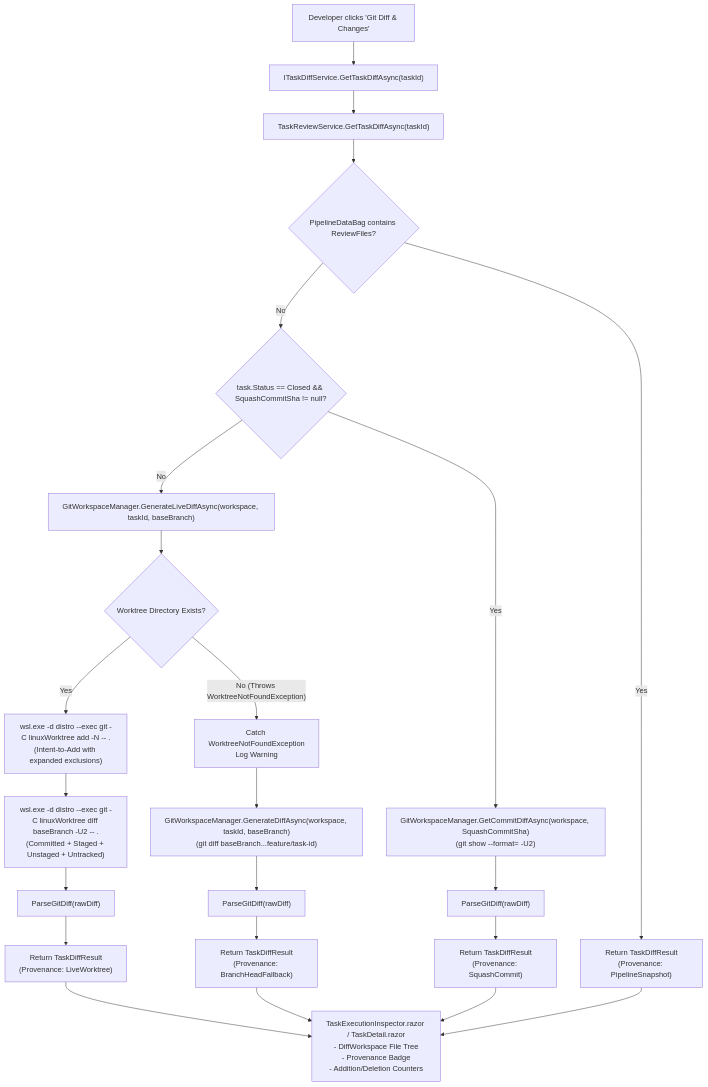
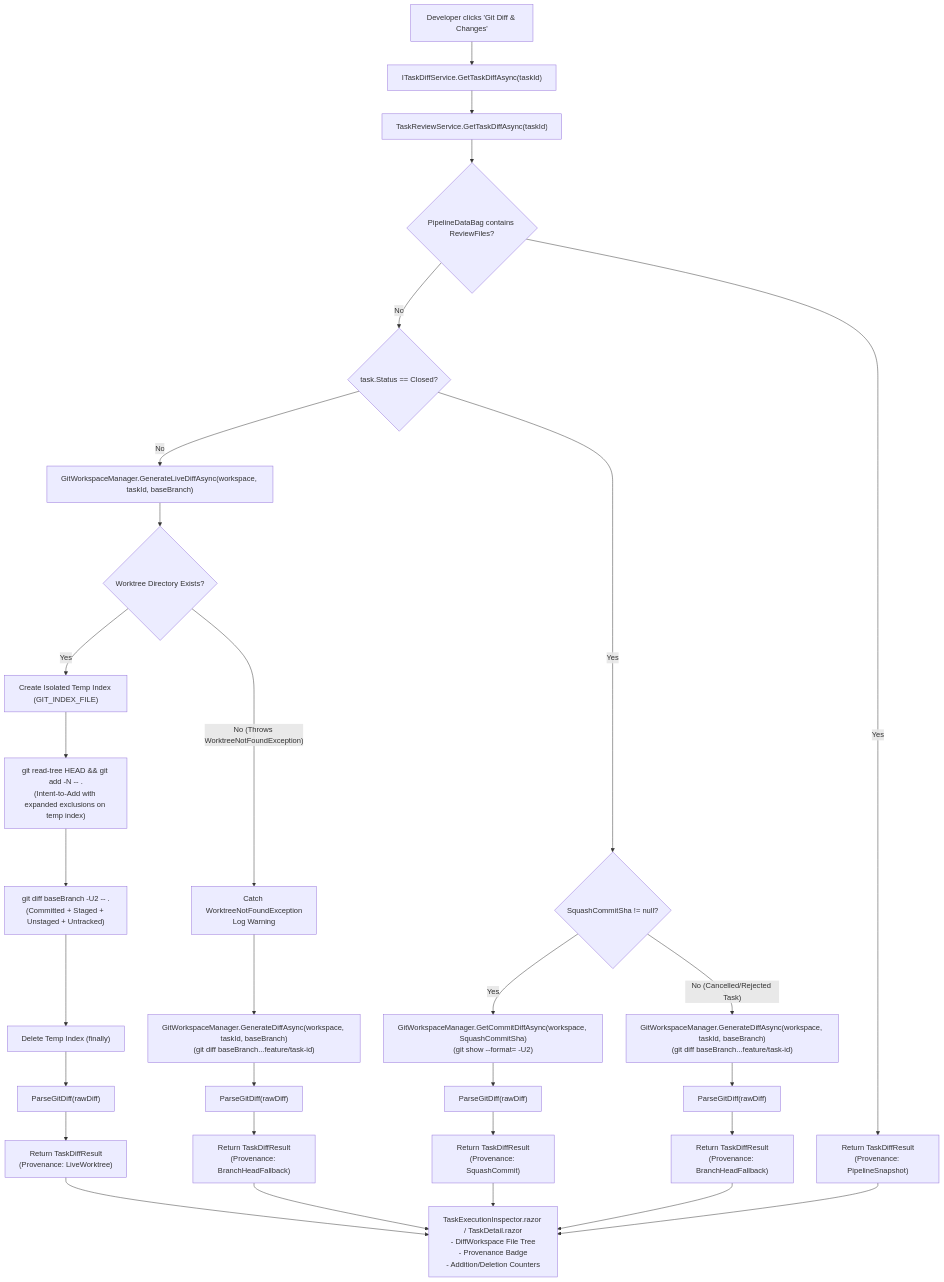
The diagram in docs/plan/phase-11/STEP_11_34_LIVE_GIT_DIFF_WORKTREE_RESOLUTION_AND_UNTRACKED_CHANGES.md (jetelain/NightCodeForge), drawn with Mermaid before and after one commit. The commit also changed other lines of this file and 3 other files, not shown here.

````diff
--- a/docs/plan/phase-11/STEP_11_34_LIVE_GIT_DIFF_WORKTREE_RESOLUTION_AND_UNTRACKED_CHANGES.md
+++ b/docs/plan/phase-11/STEP_11_34_LIVE_GIT_DIFF_WORKTREE_RESOLUTION_AND_UNTRACKED_CHANGES.md
@@ -150,33 +167,41 @@
 ```mermaid
 flowchart TD
     User["Developer clicks 'Git Diff & Changes'"] --> DiffService["ITaskDiffService.GetTaskDiffAsync(taskId)"]
     DiffService --> ReviewService["TaskReviewService.GetTaskDiffAsync(taskId)"]
     
     ReviewService --> CheckBag{"PipelineDataBag contains ReviewFiles?"}
     CheckBag -- Yes --> BagDiff["Return TaskDiffResult<br/>(Provenance: PipelineSnapshot)"]
 
-    CheckBag -- No --> CheckClosed{"task.Status == Closed && SquashCommitSha != null?"}
+    CheckBag -- No --> CheckClosed{"task.Status == Closed?"}
 
-    CheckClosed -- Yes --> SquashDiff["GitWorkspaceManager.GetCommitDiffAsync(workspace, SquashCommitSha)<br/>(git show --format= -U2)"]
+    CheckClosed -- Yes --> HasSquash{"SquashCommitSha != null?"}
+    HasSquash -- Yes --> SquashDiff["GitWorkspaceManager.GetCommitDiffAsync(workspace, SquashCommitSha)<br/>(git show --format= -U2)"]
     SquashDiff --> ParseSquash["ParseGitDiff(rawDiff)"]
     ParseSquash --> ReturnSquash["Return TaskDiffResult<br/>(Provenance: SquashCommit)"]
+
+    HasSquash -- No (Cancelled/Rejected Task) --> ClosedBranchFallback["GitWorkspaceManager.GenerateDiffAsync(workspace, taskId, baseBranch)<br/>(git diff baseBranch...feature/task-id)"]
+    ClosedBranchFallback --> ParseClosedBranch["ParseGitDiff(rawDiff)"]
+    ParseClosedBranch --> ReturnClosedBranch["Return TaskDiffResult<br/>(Provenance: BranchHeadFallback)"]
 
     CheckClosed -- No --> LiveCall["GitWorkspaceManager.GenerateLiveDiffAsync(workspace, taskId, baseBranch)"]
 
     LiveCall --> CheckWT{"Worktree Directory Exists?"}
 
-    CheckWT -- Yes --> WSLAdd["wsl.exe -d distro --exec git -C linuxWorktree add -N -- .<br/>(Intent-to-Add with expanded exclusions)"]
-    WSLAdd --> WSLDiff["wsl.exe -d distro --exec git -C linuxWorktree diff baseBranch -U2 -- .<br/>(Committed + Staged + Unstaged + Untracked)"]
-    WSLDiff --> ParseLive["ParseGitDiff(rawDiff)"]
+    CheckWT -- Yes --> IsolatedIndex["Create Isolated Temp Index (GIT_INDEX_FILE)"]
+    IsolatedIndex --> WSLAdd["git read-tree HEAD && git add -N -- .<br/>(Intent-to-Add with expanded exclusions on temp index)"]
+    WSLAdd --> WSLDiff["git diff baseBranch -U2 -- .<br/>(Committed + Staged + Unstaged + Untracked)"]
+    WSLDiff --> CleanupIndex["Delete Temp Index (finally)"]
+    CleanupIndex --> ParseLive["ParseGitDiff(rawDiff)"]
     ParseLive --> ReturnLive["Return TaskDiffResult<br/>(Provenance: LiveWorktree)"]
 
     CheckWT -- No (Throws WorktreeNotFoundException) --> CatchWT["Catch WorktreeNotFoundException<br/>Log Warning"]
     CatchWT --> FallbackBranch["GitWorkspaceManager.GenerateDiffAsync(workspace, taskId, baseBranch)<br/>(git diff baseBranch...feature/task-id)"]
     FallbackBranch --> ParseBranch["ParseGitDiff(rawDiff)"]
     ParseBranch --> ReturnBranch["Return TaskDiffResult<br/>(Provenance: BranchHeadFallback)"]
 
     ReturnLive --> UI["TaskExecutionInspector.razor / TaskDetail.razor<br/>- DiffWorkspace File Tree<br/>- Provenance Badge<br/>- Addition/Deletion Counters"]
     ReturnBranch --> UI
     ReturnSquash --> UI
+    ReturnClosedBranch --> UI
     BagDiff --> UI
 ```
````
